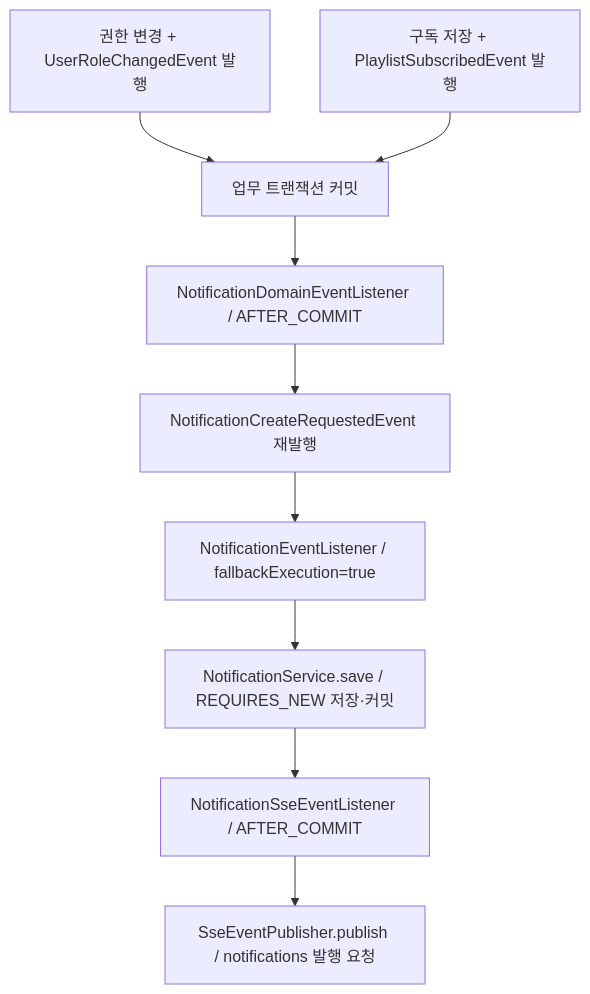
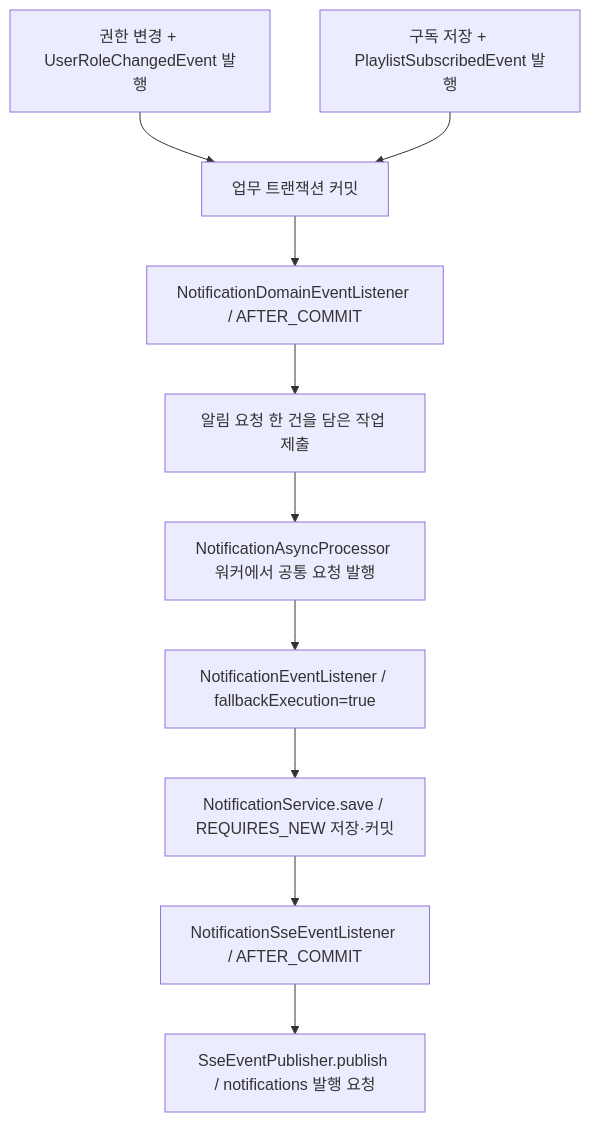
One commit to codeit-backend13-part4-team1/playlist_for_everyone changed the diagram in docs/notification/08-role-subscription-integration.md. Above: the diagram before and after it, drawn with Mermaid. The commit also changed other lines of this file and 12 other files, not shown here.

````diff
--- a/docs/notification/08-role-subscription-integration.md
+++ b/docs/notification/08-role-subscription-integration.md
@@ -44,11 +44,12 @@
 ```mermaid
 flowchart TD
     U["권한 변경 + UserRoleChangedEvent 발행"] --> C["업무 트랜잭션 커밋"]
     P["구독 저장 + PlaylistSubscribedEvent 발행"] --> C
     C --> D["NotificationDomainEventListener / AFTER_COMMIT"]
-    D --> R["NotificationCreateRequestedEvent 재발행"]
+    D --> T["알림 요청 한 건을 담은 작업 제출"]
+    T --> R["NotificationAsyncProcessor 워커에서 공통 요청 발행"]
     R --> N["NotificationEventListener / fallbackExecution=true"]
     N --> S["NotificationService.save / REQUIRES_NEW 저장·커밋"]
     S --> E["NotificationSseEventListener / AFTER_COMMIT"]
     E --> B["SseEventPublisher.publish / notifications 발행 요청"]
 ```
````
